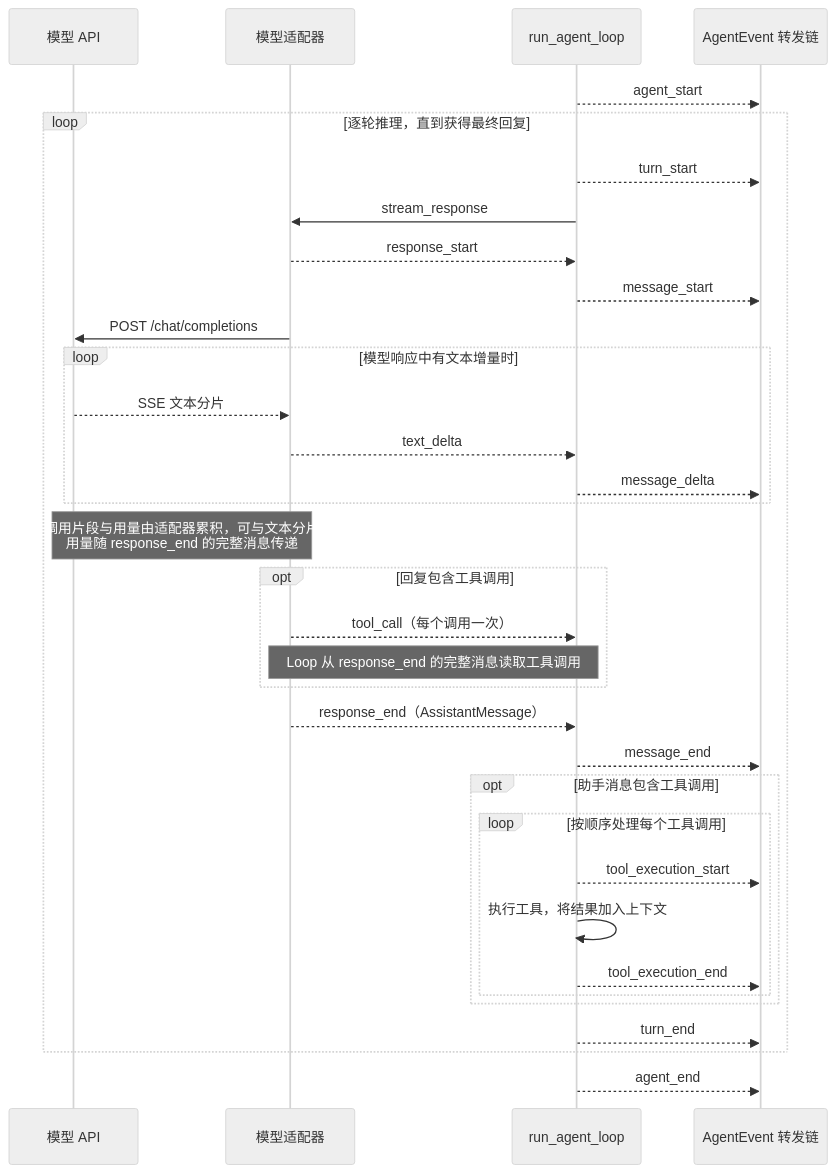
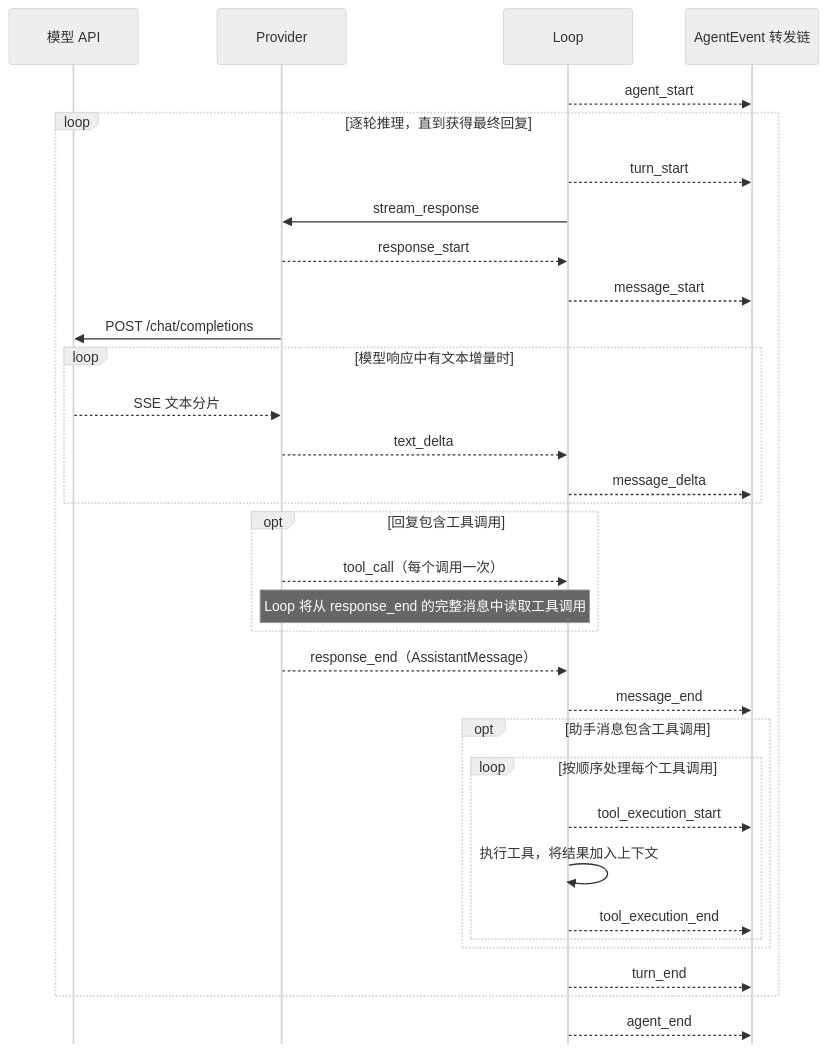
One commit to Beichenqwq/diragent changed the third of 3 diagrams in README.md. Above: the diagram before and after it, drawn with Mermaid (neutral theme). The commit also changed other lines of this file, not shown here.

````diff
--- a/README.md
+++ b/README.md
@@ -101,38 +125,38 @@
 ```mermaid
+%%{init: {"sequence": {"mirrorActors": false}}}%%
 sequenceDiagram
     participant API as 模型 API
-    participant P as 模型适配器
-    participant L as run_agent_loop
+    participant P as Provider
+    participant L as Loop
     participant U as AgentEvent 转发链
 
     L-->>U: agent_start
 
     loop 逐轮推理，直到获得最终回复
         L-->>U: turn_start
         L->>P: stream_response
         P-->>L: response_start
         L-->>U: message_start
         P->>API: POST /chat/completions
         loop 模型响应中有文本增量时
             API-->>P: SSE 文本分片
             P-->>L: text_delta
             L-->>U: message_delta
         end
-        Note over API,P: 工具调用片段与用量由适配器累积，可与文本分片交错<br/>用量随 response_end 的完整消息传递
         opt 回复包含工具调用
             P-->>L: tool_call（每个调用一次）
-            Note over P,L: Loop 从 response_end 的完整消息读取工具调用
+            Note over P,L: Loop 将从 response_end 的完整消息中读取工具调用
         end
         P-->>L: response_end（AssistantMessage）
         L-->>U: message_end
         opt 助手消息包含工具调用
             loop 按顺序处理每个工具调用
                 L-->>U: tool_execution_start
                 L->>L: 执行工具，将结果加入上下文
                 L-->>U: tool_execution_end
             end
         end
         L-->>U: turn_end
     end
     L-->>U: agent_end
 ```
````
